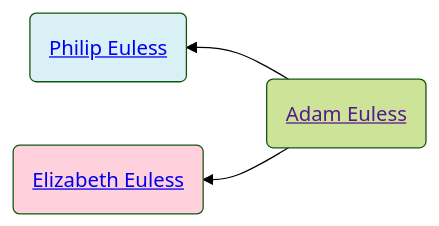
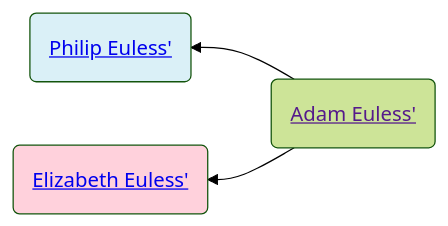
The first of 2 diagrams in familyhistory/sources/people/Gattis-line/Euless-line/Adam_Euless.qmd (neelsmith/avocational), drawn with Mermaid (forest theme) before and after one commit. The commit also changed other lines of this file and 102 other files, not shown here.

````diff
--- a/familyhistory/sources/people/Gattis-line/Euless-line/Adam_Euless.qmd
+++ b/familyhistory/sources/people/Gattis-line/Euless-line/Adam_Euless.qmd
@@ -26,12 +26,12 @@
 ```{mermaid}
 graph RL
 %% RL ancestor diagram
-Adam_Euless(<a href=''>Adam Euless</>) -->  Philip_Euless(<a href='./Philip_Euless.html'>Philip Euless</>)
+Adam_Euless(<a href=''>Adam Euless'</>) -->  Philip_Euless(<a href='./Philip_Euless.html'>Philip Euless'</>)
 class Philip_Euless father
-Adam_Euless(<a href=''>Adam Euless</>)  --> Elizabeth_Euless(<a href='./Elizabeth_Euless.html'>Elizabeth Euless</>)
+Adam_Euless(<a href=''>Adam Euless'</>)  --> Elizabeth_Euless(<a href='./Elizabeth_Euless.html'>Elizabeth Euless'</>)
 class Elizabeth_Euless mother
 classDef mother fill:#ffd1dc
 classDef father fill:#daf0f7  
 classDef marriage fill:#ffffff
 
 ```
````
